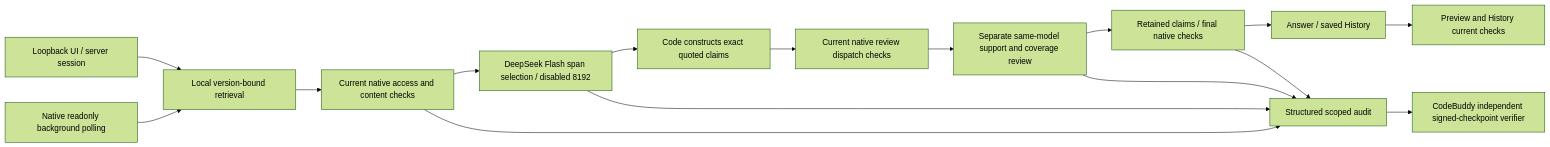
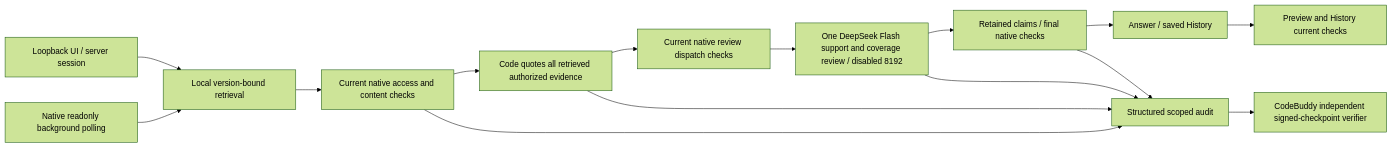
The first of 2 diagrams in docs/IMPLEMENTED_ARCHITECTURE.md (Stone441/AI-Bang2), drawn with Mermaid (forest theme) before and after one commit. The commit also changed other lines of this file and 4 other files, not shown here.

Commit message:
docs: align architecture and demo instructions with loaded source review

````diff
--- a/docs/IMPLEMENTED_ARCHITECTURE.md
+++ b/docs/IMPLEMENTED_ARCHITECTURE.md
@@ -11,15 +11,14 @@
 ```mermaid
 flowchart LR
  U[Loopback UI / server session] --> R[Local version-bound retrieval]
  W[Native readonly background polling] --> R
  R --> A[Current native access and content checks]
- A --> G[DeepSeek Flash span selection / disabled 8192]
- G --> Q[Code constructs exact quoted claims]
+ A --> Q[Code quotes all retrieved authorized evidence]
  Q --> P[Current native review dispatch checks]
- P --> V[Separate same-model support and coverage review]
+ P --> V[One DeepSeek Flash support and coverage review / disabled 8192]
  V --> F[Retained claims / final native checks]
  F --> O[Answer / saved History]
  O --> C[Preview and History current checks]
- A & G & V & F --> L[Structured scoped audit]
+ A & Q & V & F --> L[Structured scoped audit]
  L --> S[CodeBuddy independent signed-checkpoint verifier]
 ```
````
